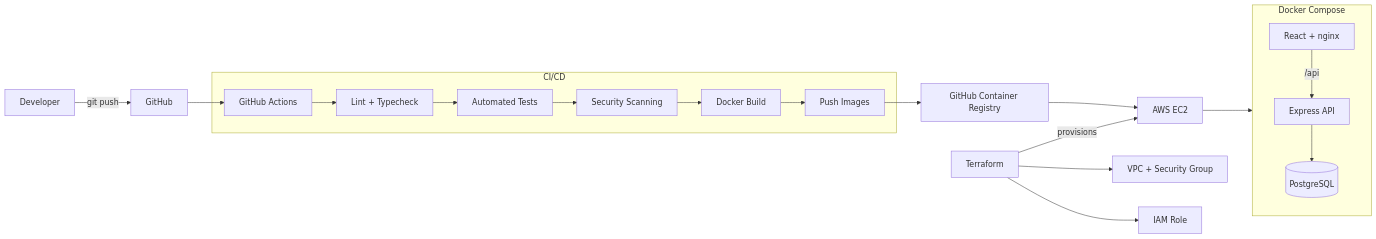
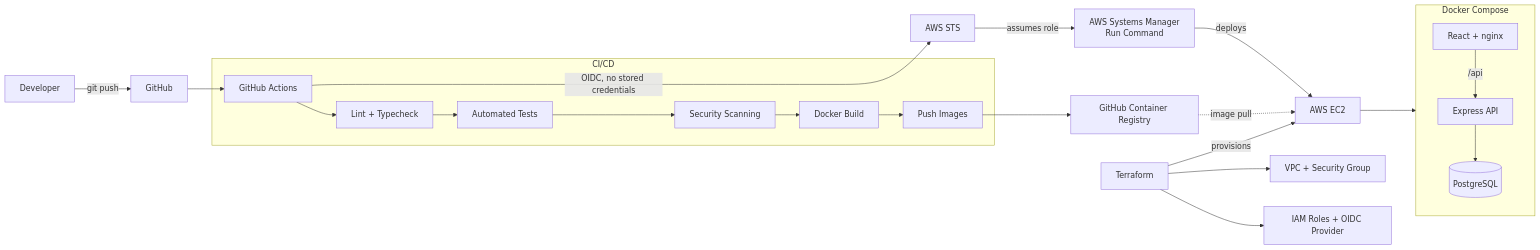
The diagram in README.md (philik04/cicd-platform-demo), drawn with Mermaid before and after one commit. The commit also changed other lines of this file and 2 other files, not shown here.

Commit message:
docs: update deployment architecture and OIDC

````diff
--- a/README.md
+++ b/README.md
@@ -60,32 +60,35 @@
 ```mermaid
 flowchart LR
     Dev["Developer"] -->|git push| GitHub["GitHub"]
 
     GitHub --> Actions["GitHub Actions"]
 
     subgraph CI["CI/CD"]
         Actions --> Quality["Lint + Typecheck"]
         Quality --> Tests["Automated Tests"]
         Tests --> Security["Security Scanning"]
         Security --> Build["Docker Build"]
         Build --> Push["Push Images"]
     end
 
     Push --> GHCR["GitHub Container Registry"]
-    GHCR --> EC2["AWS EC2"]
+    Actions -->|OIDC, no stored credentials| STS["AWS STS"]
+    STS -->|assumes role| SSM["AWS Systems Manager<br/>Run Command"]
+    SSM -->|deploys| EC2["AWS EC2"]
+    GHCR -.->|image pull| EC2
 
     subgraph Host["Docker Compose"]
         Frontend["React + nginx"]
         Backend["Express API"]
         DB[("PostgreSQL")]
 
         Frontend -->|/api| Backend
         Backend --> DB
     end
 
     EC2 --> Host
 
     Terraform["Terraform"] -->|provisions| EC2
     Terraform --> VPC["VPC + Security Group"]
-    Terraform --> IAM["IAM Role"]
+    Terraform --> IAM["IAM Roles + OIDC Provider"]
 ```
````
